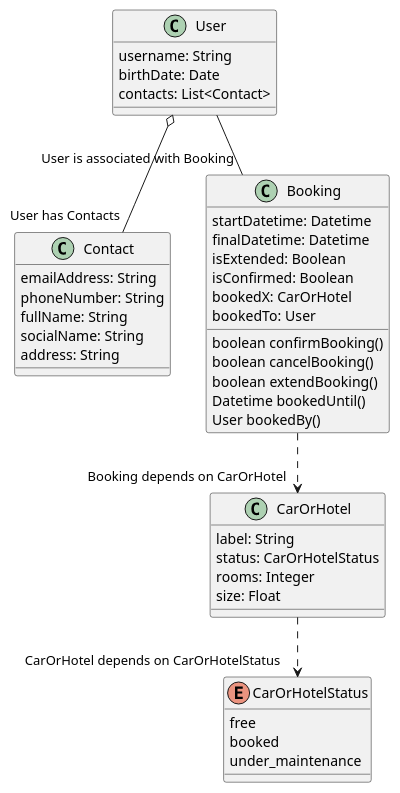
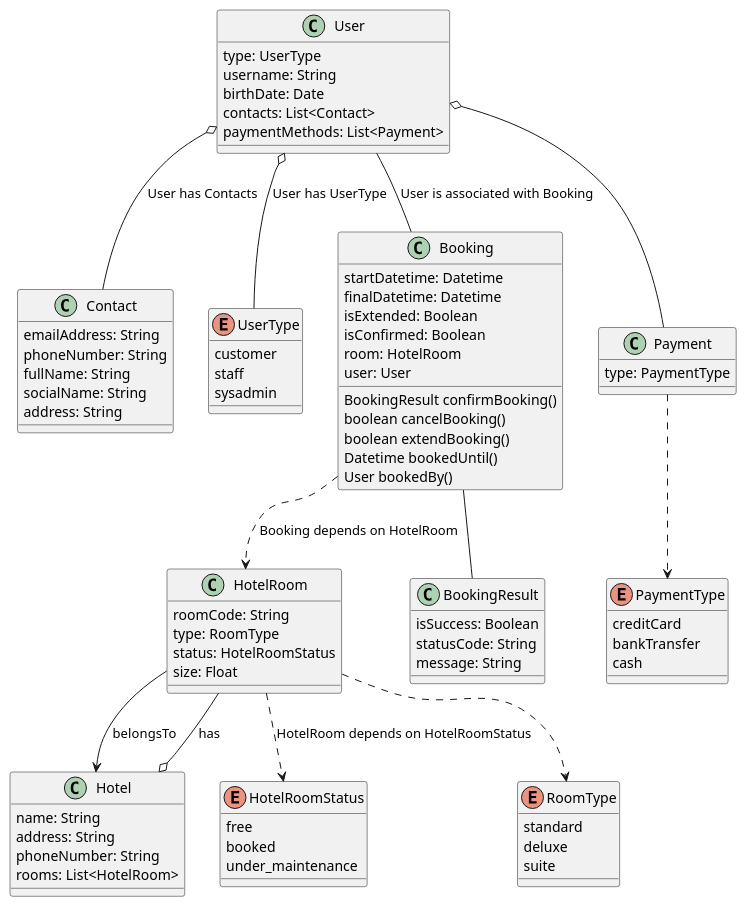
Before and after one commit to ICEI-PUC-Minas-PMV-SI/pmv-si-2025-2-pe6-t3-g3-t3-2025-2: the diagram in docs/diagram/class/class_diagram.puml, drawn with PlantUML. The commit also changed 2 other files, not shown here.

Commit message:
updated diagrams to hotel booking theme

```diff
--- a/docs/diagram/class/class_diagram.puml
+++ b/docs/diagram/class/class_diagram.puml
@@ -1,48 +1,91 @@
 @startuml
-  User o-- "User has Contacts" Contact
-  Booking ..> "Booking depends on CarOrHotel" CarOrHotel
-  User -- "User is associated with Booking" Booking
-  CarOrHotel ..> "CarOrHotel depends on CarOrHotelStatus" CarOrHotelStatus
+  User o-- Contact : User has Contacts
+  User o-- UserType : User has UserType
+  Booking ..> HotelRoom : Booking depends on HotelRoom
+  User -- Booking : User is associated with Booking
+  
+  Hotel o-- HotelRoom : has
+  HotelRoom --> Hotel : belongsTo
+  HotelRoom ..>  HotelRoomStatus : HotelRoom depends on HotelRoomStatus
+  HotelRoom ..> RoomType
+  
+  User o-- Payment
+  Payment ..> PaymentType
+  Booking -- BookingResult
   
   class Contact {
       emailAddress: String
       phoneNumber: String
       fullName: String
       socialName: String
       address: String
   }
 
   class User {
+      type: UserType
       username: String
       birthDate: Date
       contacts: List<Contact>
+      paymentMethods: List<Payment>
+  }
+
+  enum UserType {
+    customer
+    staff
+    sysadmin
+  }
+  class Payment {
+      type: PaymentType
+  }
+
+  enum PaymentType {
+    creditCard
+    bankTransfer
+    cash
   }
 
   class Booking {
       startDatetime: Datetime
       finalDatetime: Datetime
       isExtended: Boolean
       isConfirmed: Boolean
-      bookedX: CarOrHotel
-      bookedTo: User
+      room: HotelRoom
+      user: User
 
-      boolean confirmBooking()
+      BookingResult confirmBooking()
       boolean cancelBooking()
       boolean extendBooking()
       Datetime bookedUntil()
       User bookedBy()
   }
 
-  enum CarOrHotelStatus {
+  class BookingResult {
+    isSuccess: Boolean
+    statusCode: String
+    message: String
+  }
+
+  class Hotel {
+    name: String
+    address: String
+    phoneNumber: String
+    rooms: List<HotelRoom>
+  }
+
+  class HotelRoom {
+    roomCode: String
+    type: RoomType
+    status: HotelRoomStatus
+    size: Float
+  }
+  enum RoomType {
+    standard
+    deluxe
+    suite
+  }
+  enum HotelRoomStatus {
     free
     booked
     under_maintenance
   }
-
-  class CarOrHotel {
-    label: String
-    status: CarOrHotelStatus
-    rooms: Integer
-    size: Float
-  }
 @enduml
```
